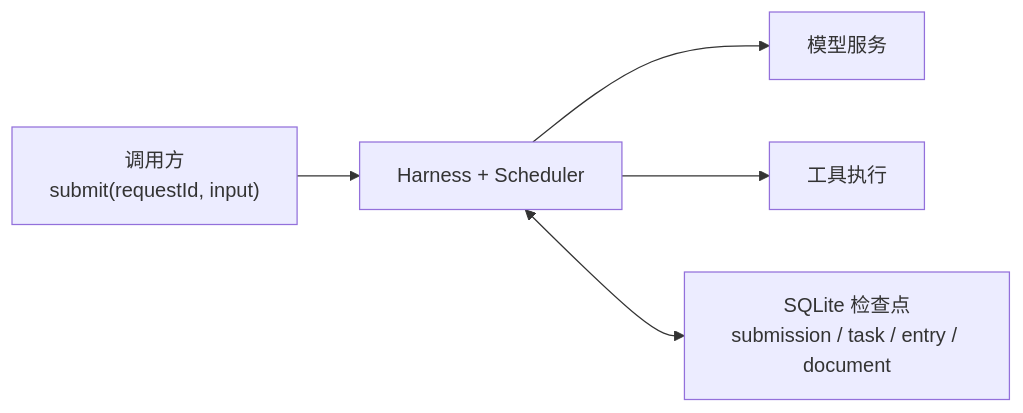
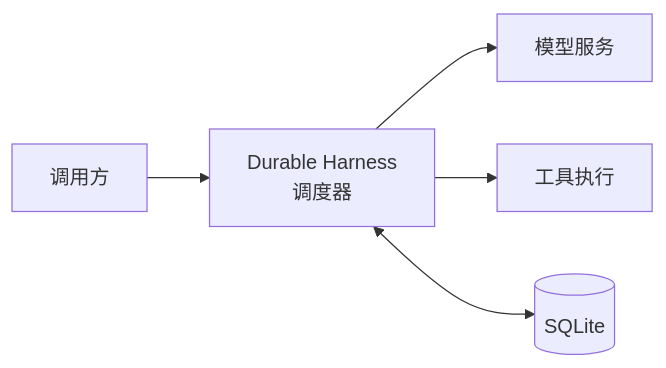
One commit to huruizhi/huruizhi.github.io changed the first of 3 diagrams in _posts/2026-10-31-pi-durable-task-recovery.md. Above: the diagram before and after it, drawn with Mermaid. The commit also changed other lines of this file, not shown here.

Commit message:
docs(post): sync Pi Durable recovery article with WeChat source

````diff
--- a/_posts/2026-10-31-pi-durable-task-recovery.md
+++ b/_posts/2026-10-31-pi-durable-task-recovery.md
@@ -46,7 +27,7 @@
 ```mermaid
 flowchart LR
-    Caller["调用方<br/>submit(requestId, input)"] --> Harness["Harness + Scheduler"]
-    Harness --> Model["模型服务"]
-    Harness --> Tools["工具执行"]
-    Harness <--> SQLite["SQLite 检查点<br/>submission / task / entry / document"]
+    Caller[调用方] --> Harness[Durable Harness<br/>调度器]
+    Harness --> Model[模型服务]
+    Harness --> Tool[工具执行]
+    Harness <--> DB[(SQLite)]
 ```
````
